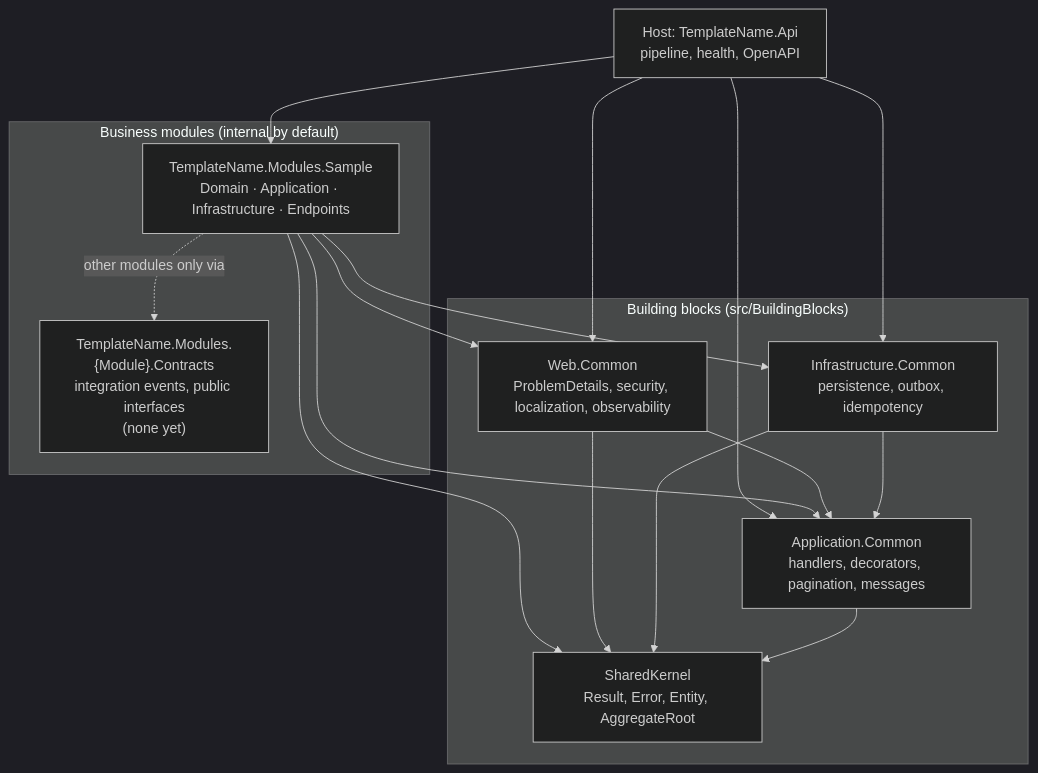
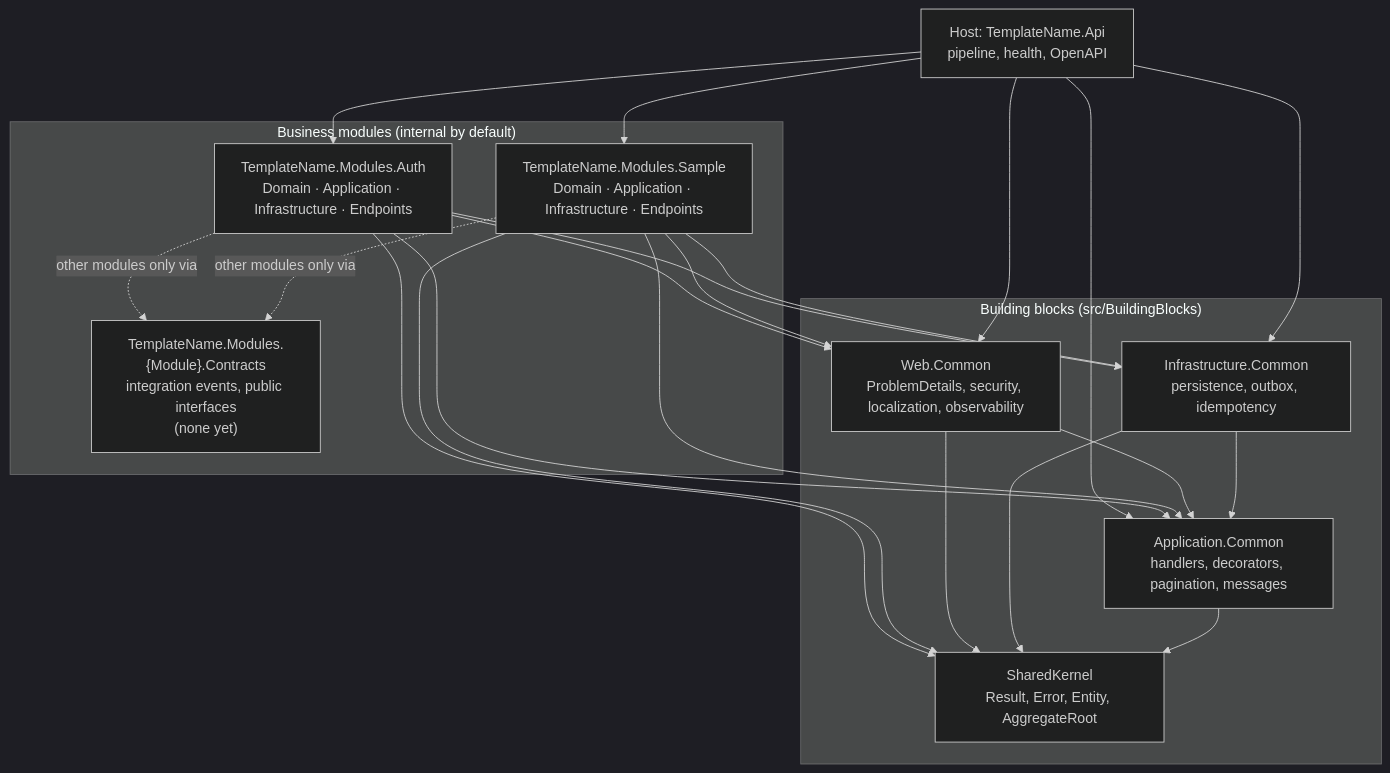
The first of 2 diagrams in docs/architecture/overview.md (jackyjiale-oss/modulith-backend), drawn with Mermaid (dark theme) before and after one commit. The commit also changed other lines of this file and 27 other files, not shown here.

````diff
--- a/docs/architecture/overview.md
+++ b/docs/architecture/overview.md
@@ -7,31 +7,38 @@
 ```mermaid
 flowchart TD
     Api["Host: TemplateName.Api<br/>pipeline, health, OpenAPI"]
 
     subgraph Modules["Business modules (internal by default)"]
+        Auth["TemplateName.Modules.Auth<br/>Domain · Application · Infrastructure · Endpoints"]
         Sample["TemplateName.Modules.Sample<br/>Domain · Application · Infrastructure · Endpoints"]
         Contracts["TemplateName.Modules.{Module}.Contracts<br/>integration events, public interfaces<br/>(none yet)"]
     end
 
     subgraph BuildingBlocks["Building blocks (src/BuildingBlocks)"]
         Web["Web.Common<br/>ProblemDetails, security, localization, observability"]
         Infra["Infrastructure.Common<br/>persistence, outbox, idempotency"]
         App["Application.Common<br/>handlers, decorators, pagination, messages"]
         Kernel["SharedKernel<br/>Result, Error, Entity, AggregateRoot"]
     end
 
+    Api --> Auth
     Api --> Sample
     Api --> Web
     Api --> Infra
     Api --> App
+    Auth -. "other modules only via" .-> Contracts
     Sample -. "other modules only via" .-> Contracts
+    Auth --> Web
+    Auth --> Infra
+    Auth --> App
+    Auth --> Kernel
     Sample --> Web
     Sample --> Infra
     Sample --> App
     Sample --> Kernel
     Web --> App
     Infra --> App
     Web --> Kernel
     Infra --> Kernel
     App --> Kernel
 ```
````
